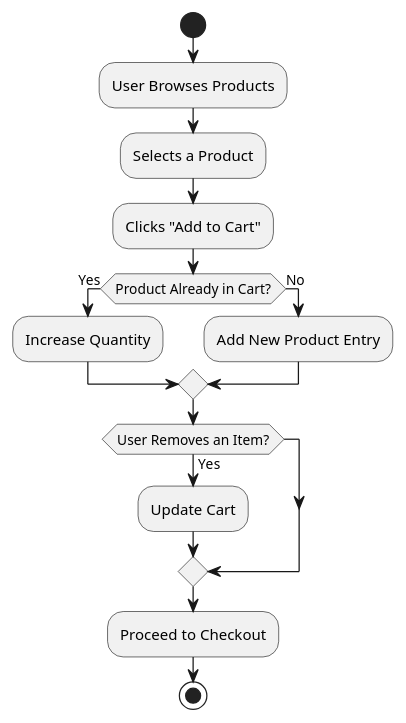
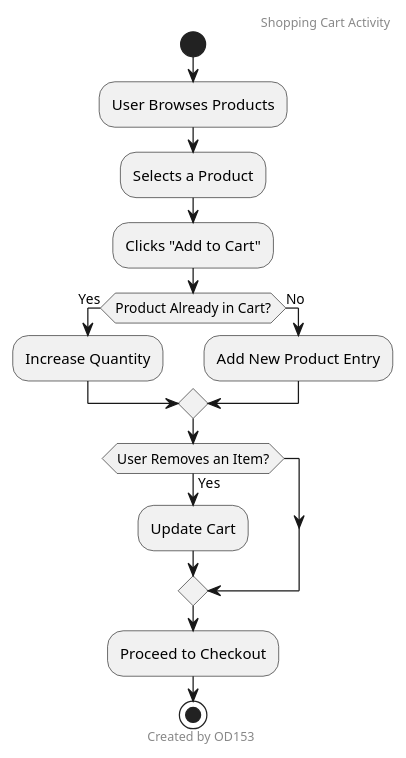
Before and after one commit to donassis/e-commerce: the diagram in uml/activity/shopping-cart-activity.puml, drawn with PlantUML. The commit also changed 91 other files, not shown here.

Commit message:
updated diagrams with headers and footers

```diff
--- a/uml/activity/shopping-cart-activity.puml
+++ b/uml/activity/shopping-cart-activity.puml
@@ -1,16 +1,18 @@
 @startuml
+header Shopping Cart Activity
+footer Created by OD153
 start
 :User Browses Products;
 :Selects a Product;
 :Clicks "Add to Cart";
 if (Product Already in Cart?) then (Yes)
     :Increase Quantity;
 else (No)
     :Add New Product Entry;
 endif
 if (User Removes an Item?) then (Yes)
     :Update Cart;
 endif
 :Proceed to Checkout;
 stop
 @enduml
```
